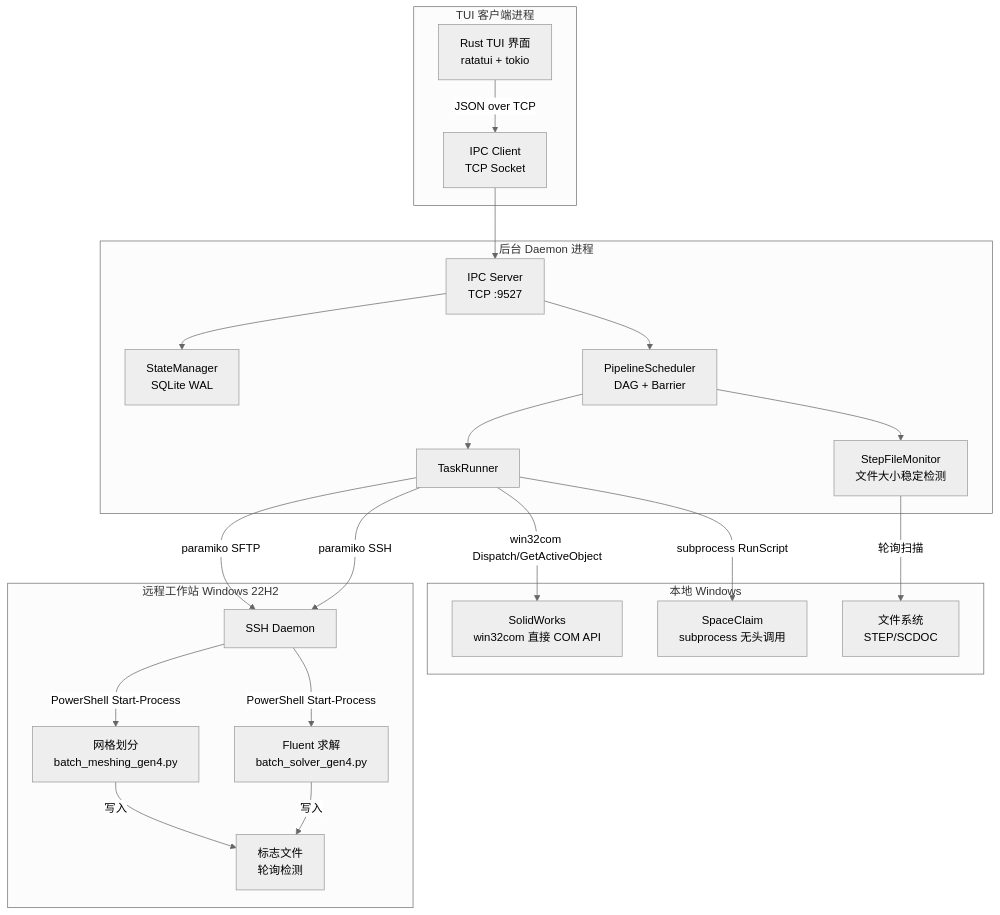
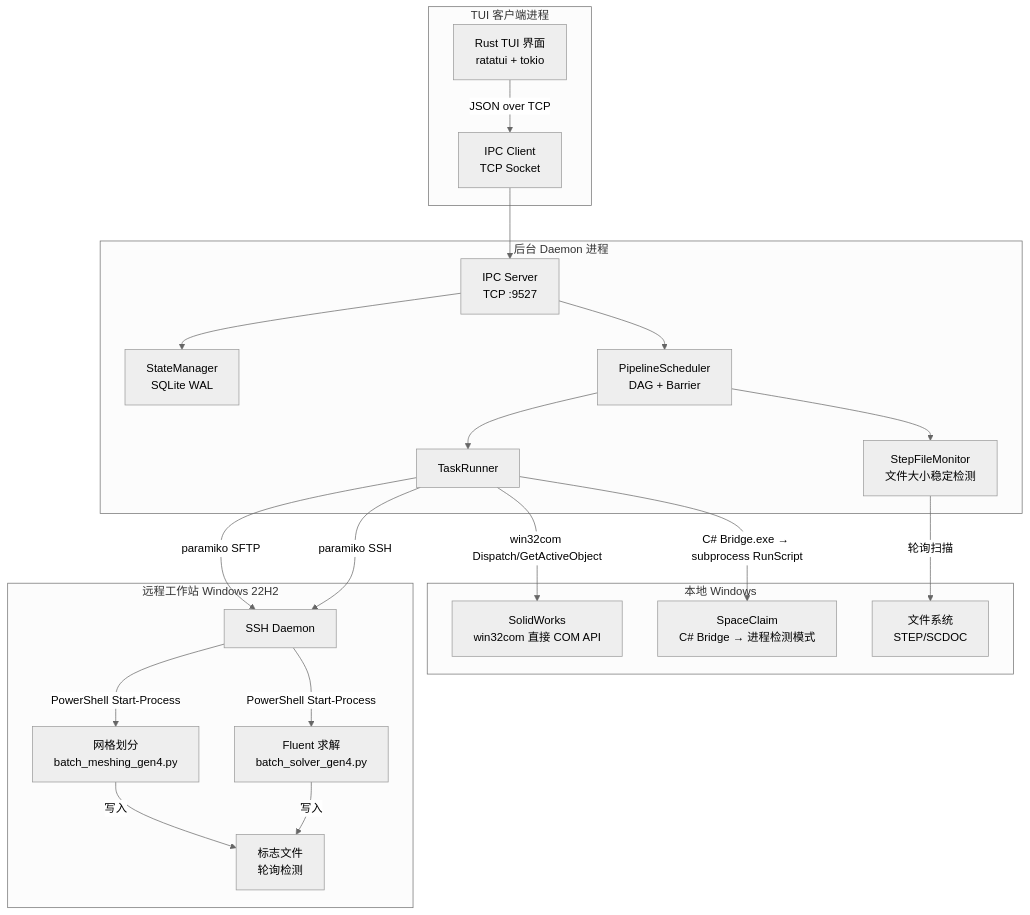
One commit to Hab1nA/AutoFluidSimulation changed the first of 2 diagrams in README.md. Above: the diagram before and after it, drawn with Mermaid (neutral theme). The commit also changed other lines of this file and 6 other files, not shown here.

````diff
--- a/README.md
+++ b/README.md
@@ -65,44 +67,44 @@
 ```mermaid
 graph TB
     subgraph "TUI 客户端进程"
         TUI[Rust TUI 界面<br/>ratatui + tokio]
         IPC_C[IPC Client<br/>TCP Socket]
     end
 
     subgraph "后台 Daemon 进程"
         IPC_S[IPC Server<br/>TCP :9527]
         SM[StateManager<br/>SQLite WAL]
         SCH[PipelineScheduler<br/>DAG + Barrier]
         TR[TaskRunner]
         FM[StepFileMonitor<br/>文件大小稳定检测]
     end
 
     subgraph "本地 Windows"
         SW[SolidWorks<br/>win32com 直接 COM API]
-        SC[SpaceClaim<br/>subprocess 无头调用]
+        SC[SpaceClaim<br/>C# Bridge → 进程检测模式]
         FS[文件系统<br/>STEP/SCDOC]
     end
 
     subgraph "远程工作站 Windows 22H2"
         SSH[SSH Daemon]
         MESH[网格划分<br/>batch_meshing_gen4.py]
         SOLVER[Fluent 求解<br/>batch_solver_gen4.py]
         FLAGS[标志文件<br/>轮询检测]
     end
 
     TUI -->|JSON over TCP| IPC_C
     IPC_C --> IPC_S
     IPC_S --> SM
     IPC_S --> SCH
     SCH --> FM
     SCH --> TR
     TR -->|win32com Dispatch/GetActiveObject| SW
-    TR -->|subprocess RunScript| SC
+    TR -->|C# Bridge.exe → subprocess RunScript| SC
     TR -->|paramiko SFTP| SSH
     TR -->|paramiko SSH| SSH
     SSH -->|PowerShell Start-Process| MESH
     SSH -->|PowerShell Start-Process| SOLVER
     FM -->|轮询扫描| FS
     MESH -->|写入| FLAGS
     SOLVER -->|写入| FLAGS
 ```
````
